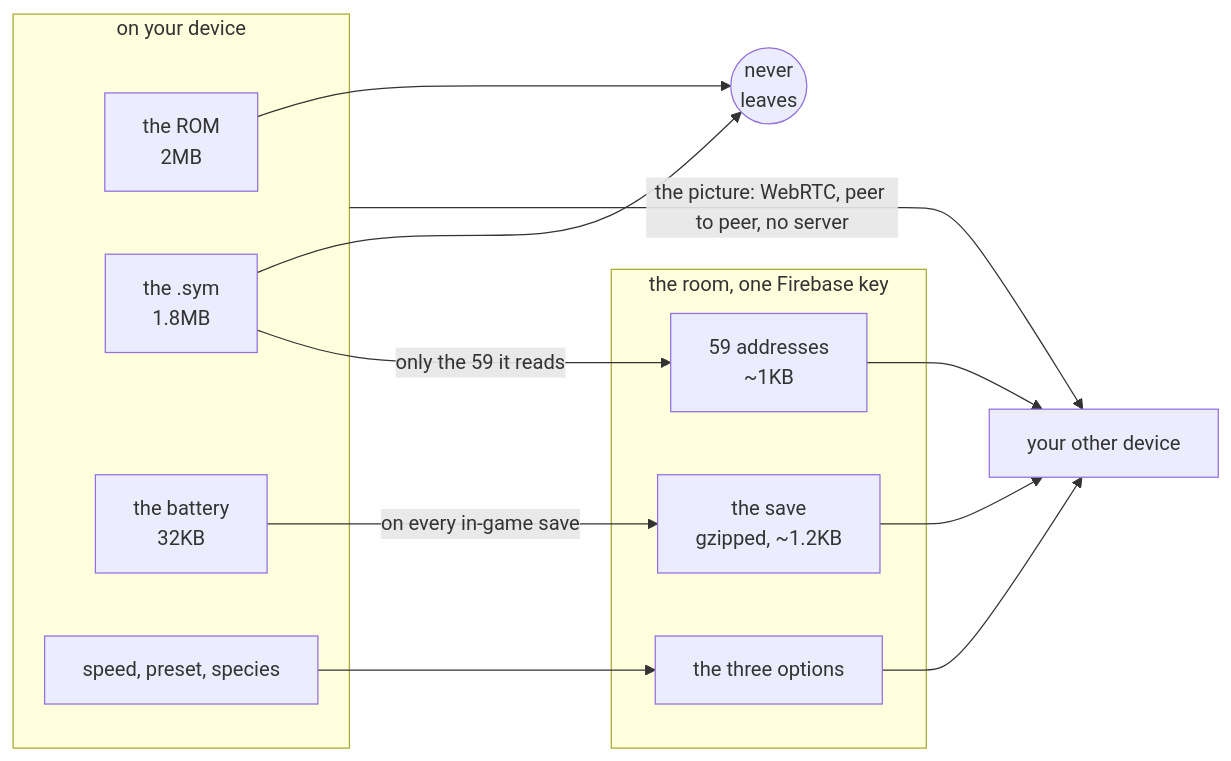
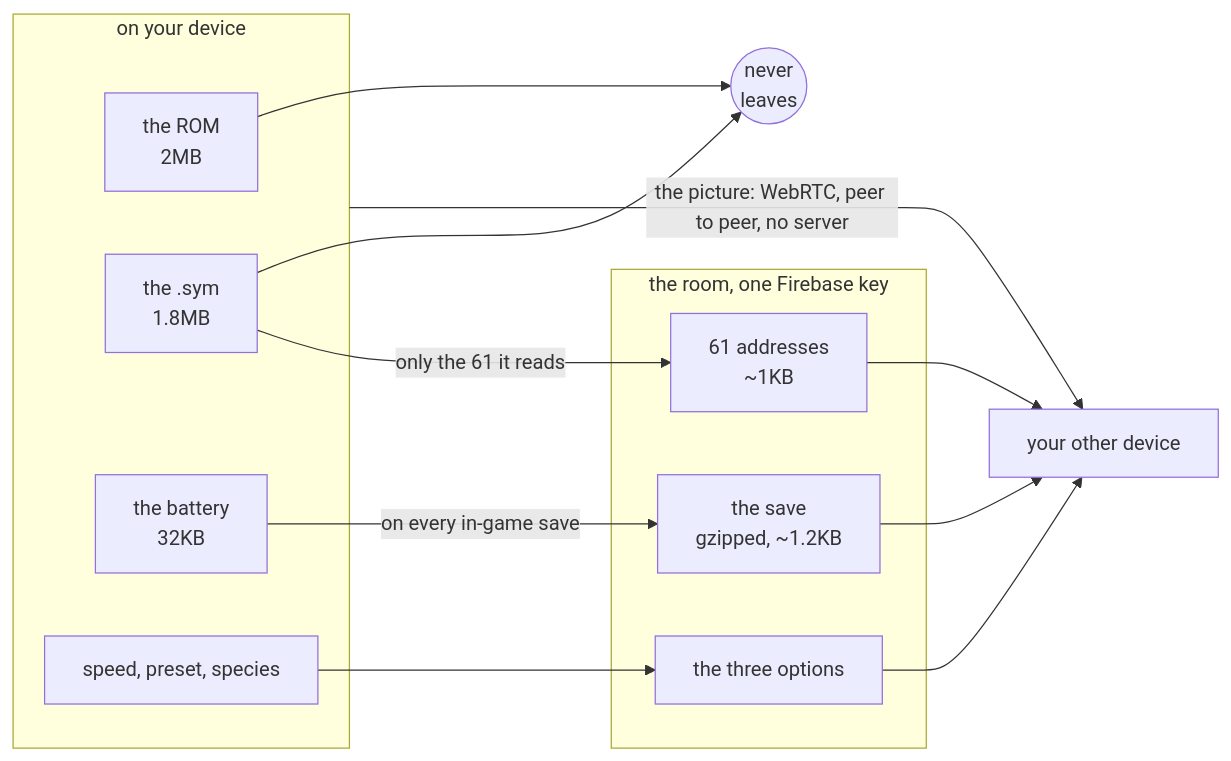
One commit to minormending/crystal-pilot-mobile changed the second of 2 diagrams in docs/DEVICES.md. Above: the diagram before and after it, drawn with Mermaid. The commit also changed other lines of this file and 16 other files, not shown here.

````diff
--- a/docs/DEVICES.md
+++ b/docs/DEVICES.md
@@ -327,25 +327,25 @@
 ```mermaid
 flowchart LR
     subgraph D["on your device"]
         ROM["the ROM<br/>2MB"]
         SYM["the .sym<br/>1.8MB"]
         SAVE["the battery<br/>32KB"]
         OPT["speed, preset, species"]
     end
     STOP(("never<br/>leaves"))
     subgraph R["the room, one Firebase key"]
-        A["59 addresses<br/>~1KB"]
+        A["61 addresses<br/>~1KB"]
         S["the save<br/>gzipped, ~1.2KB"]
         O["the three options"]
     end
     OTHER["your other device"]
     ROM --> STOP
     SYM --> STOP
-    SYM -->|"only the 59 it reads"| A
+    SYM -->|"only the 61 it reads"| A
     SAVE -->|"on every in-game save"| S
     OPT --> O
     A --> OTHER
     S --> OTHER
     O --> OTHER
     D -->|"the picture: WebRTC, peer to peer, no server"| OTHER
 ```
````
